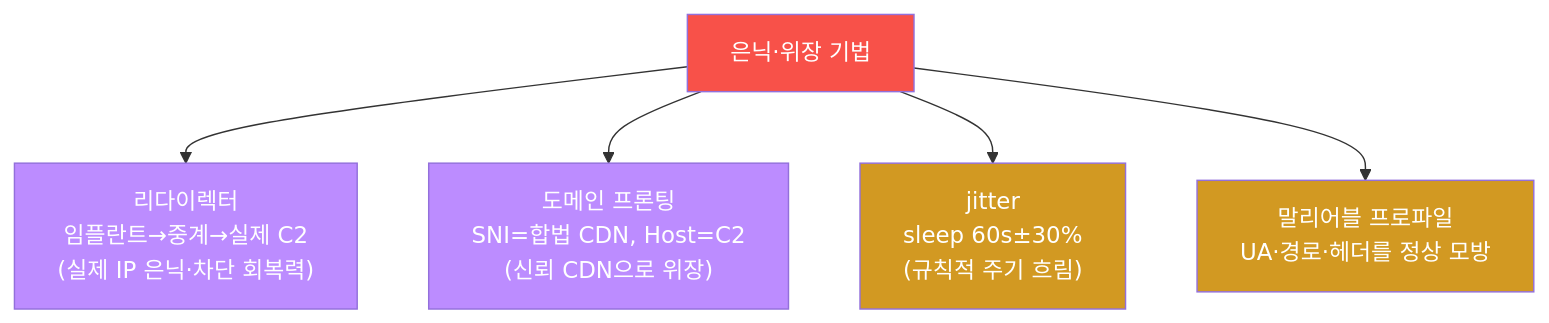
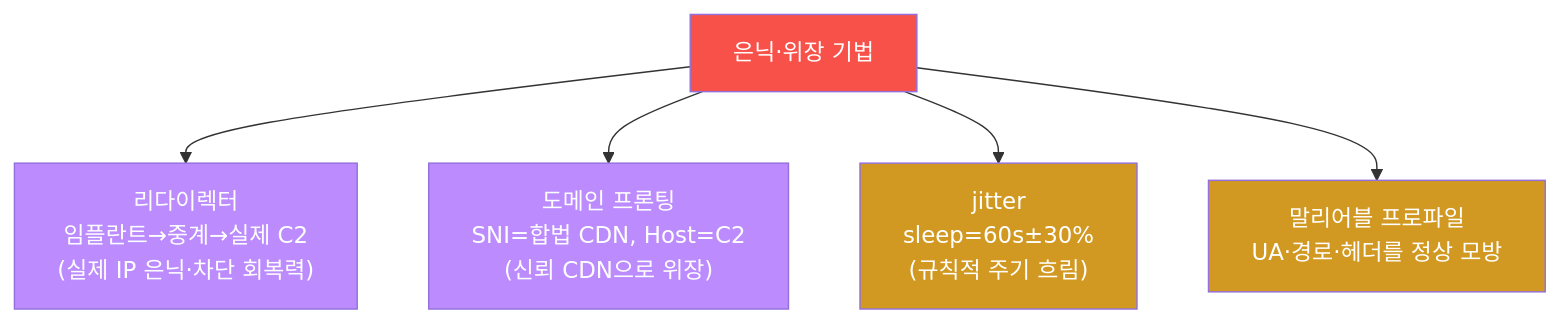
The fourth of 5 diagrams in contents/training/attack-adv/lecture_week07.md (mrgrit/tw2), drawn with Mermaid before and after one commit. The commit also changed other lines of this file and 99 other files, not shown here.

````diff
--- a/contents/training/attack-adv/lecture_week07.md
+++ b/contents/training/attack-adv/lecture_week07.md
@@ -192,13 +192,13 @@
 ```mermaid
 graph TD
     A["은닉·위장 기법"]
     A --> R["리다이렉터<br/>임플란트→중계→실제 C2<br/>(실제 IP 은닉·차단 회복력)"]
     A --> DF["도메인 프론팅<br/>SNI=합법 CDN, Host=C2<br/>(신뢰 CDN으로 위장)"]
-    A --> J["jitter<br/>sleep 60s±30%<br/>(규칙적 주기 흐림)"]
+    A --> J["jitter<br/>sleep=60s±30%<br/>(규칙적 주기 흐림)"]
     A --> M["말리어블 프로파일<br/>UA·경로·헤더를 정상 모방"]
     style A fill:#f85149,color:#fff
     style R fill:#bc8cff,color:#fff
     style DF fill:#bc8cff,color:#fff
     style J fill:#d29922,color:#fff
     style M fill:#d29922,color:#fff
 ```
````
